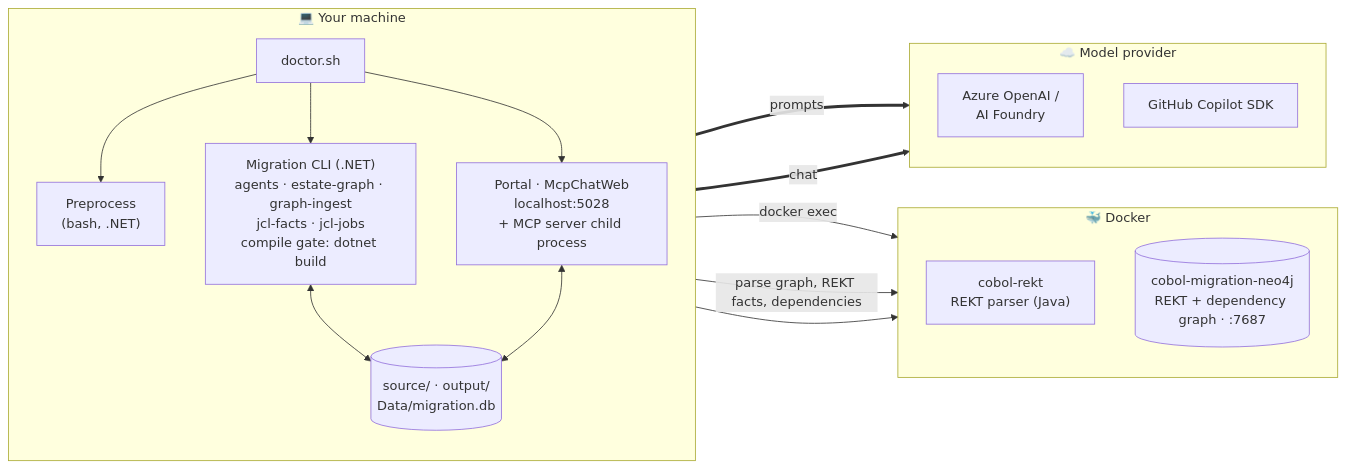
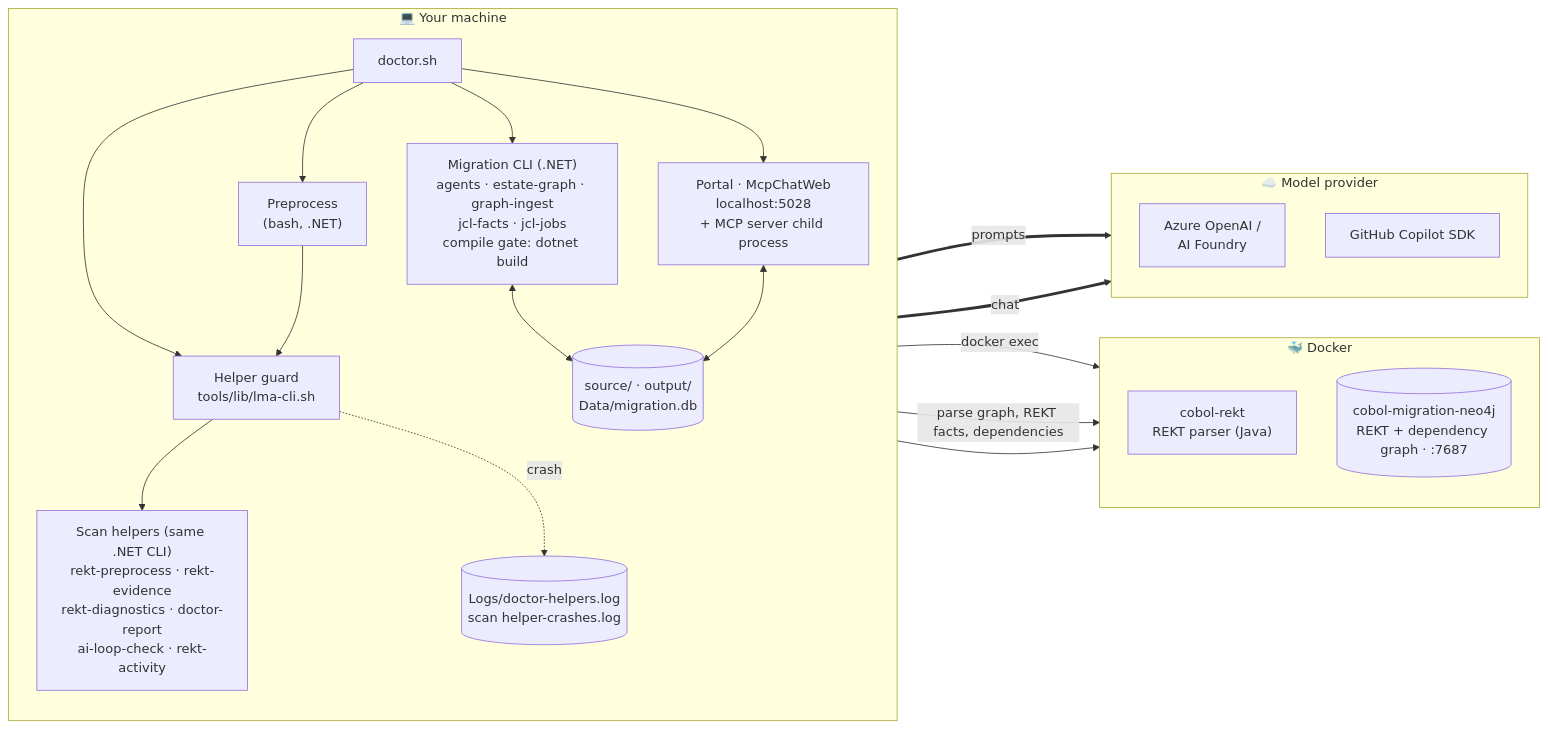
Before and after one commit to Azure-Samples/Legacy-Modernization-Agents: the second of 10 diagrams in README.md, drawn with Mermaid. The commit also changed other lines of this file and 5 other files, not shown here.

````diff
--- a/README.md
+++ b/README.md
@@ -150,34 +150,41 @@
 ```mermaid
 flowchart LR
     subgraph HOST["💻 Your machine"]
         direction TB
         DOCTOR["doctor.sh"]
         CLI["Migration CLI (.NET)<br/>agents · estate-graph · graph-ingest<br/>jcl-facts · jcl-jobs<br/>compile gate: dotnet build"]
+        HELPERS["Scan helpers (same .NET CLI)<br/>rekt-preprocess · rekt-evidence<br/>rekt-diagnostics · doctor-report<br/>ai-loop-check · rekt-activity"]
+        GUARD["Helper guard<br/>tools/lib/lma-cli.sh"]
         WEB["Portal · McpChatWeb<br/>localhost:5028<br/>+ MCP server child process"]
         PRE["Preprocess<br/>(bash, .NET)"]
         FILES[("source/ · output/<br/>Data/migration.db")]
+        LOGS[("Logs/doctor-helpers.log<br/>scan helper-crashes.log")]
         DOCTOR --> PRE
         DOCTOR --> CLI
         DOCTOR --> WEB
+        DOCTOR --> GUARD
+        PRE --> GUARD
+        GUARD --> HELPERS
+        GUARD -.->|crash| LOGS
     end
 
     subgraph DOCKER["🐳 Docker"]
         direction TB
         REKT["cobol-rekt<br/>REKT parser (Java)"]
         NEO[("cobol-migration-neo4j<br/>REKT + dependency graph · :7687")]
     end
 
     subgraph CLOUD["☁️ Model provider"]
         direction TB
         AOAI["Azure OpenAI /<br/>AI Foundry"]
         GHCP["GitHub Copilot SDK"]
     end
 
     PRE -->|docker exec| REKT
     CLI <--> FILES
     CLI -->|parse graph, REKT facts, dependencies| NEO
     WEB <--> FILES
     WEB --> NEO
     CLI ==>|prompts| CLOUD
     WEB ==>|chat| CLOUD
 ```
````
